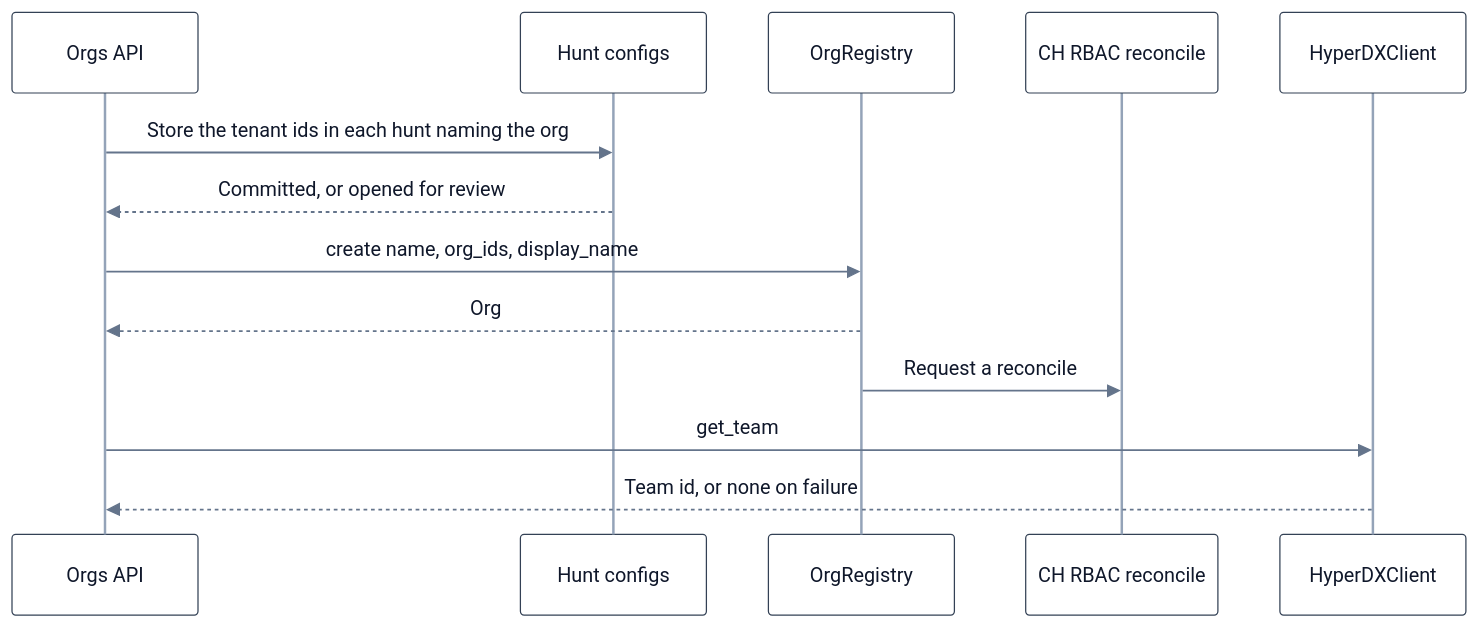
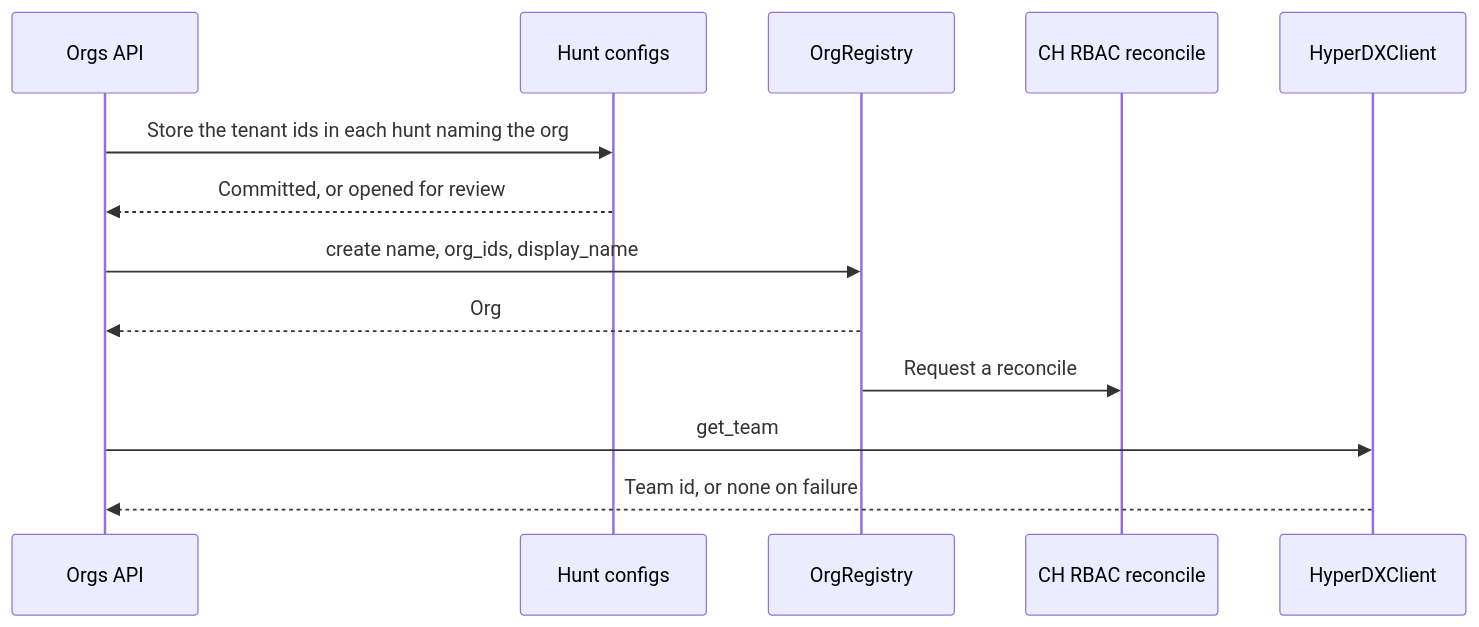
One commit to hyperi-io/dfe-engine changed the seventh of 8 diagrams in docs/control-plane/rbac.md. Above: the diagram before and after it, drawn with Mermaid. The commit also changed other lines of this file and 8 other files, not shown here.

First line of the commit message:
docs(diagrams): drop per-diagram config from 12 non-flowchart diagrams

````diff
--- a/docs/control-plane/rbac.md
+++ b/docs/control-plane/rbac.md
@@ -935,61 +891,17 @@
 ```mermaid
----
-config:
-  theme: base
-  fontFamily: Inter, -apple-system, Segoe UI, Roboto, Helvetica, Arial, sans-serif
-  themeVariables:
-    fontSize: 15px
-    lineColor: "#64748B"
-    primaryTextColor: "#0F172A"
-    clusterBorder: "#0072B2"
-    edgeLabelBackground: "#FFFFFF"
-    primaryColor: "#FFFFFF"
-    primaryBorderColor: "#334155"
-    secondaryColor: "#F8FAFC"
-    tertiaryColor: "#FFFFFF"
-    textColor: "#0F172A"
-    actorBkg: "#FFFFFF"
-    actorBorder: "#334155"
-    actorTextColor: "#0F172A"
-    actorLineColor: "#94A3B8"
-    signalColor: "#64748B"
-    signalTextColor: "#0F172A"
-    sequenceNumberColor: "#FFFFFF"
-    labelBoxBkgColor: "#FFFFFF"
-    labelBoxBorderColor: "#64748B"
-    labelTextColor: "#0F172A"
-    loopTextColor: "#0F172A"
-    noteBkgColor: "#FFFFFF"
-    noteBorderColor: "#94A3B8"
-    noteTextColor: "#0F172A"
-    transitionColor: "#64748B"
-    transitionLabelColor: "#0F172A"
-    stateLabelColor: "#0F172A"
-    stateBkg: "#FFFFFF"
-    labelBackgroundColor: "#FFFFFF"
-    compositeBackground: "#FFFFFF"
-    attributeBackgroundColorOdd: "#FFFFFF"
-    attributeBackgroundColorEven: "#F8FAFC"
-  themeCSS: >-
-    p{margin:0}
-    .node rect,.node polygon,.outer-path{filter:drop-shadow(0 1px 2px rgba(15,23,42,.10)) drop-shadow(0 6px 14px rgba(15,23,42,.10))!important}
-    .messageText,.loopText,.loopText tspan,.labelText,.labelText tspan{stroke:#FFFFFF!important;stroke-width:3px!important;paint-order:stroke;stroke-linejoin:round}
-    .edgeLabel,.edgeLabel p,.labelBkg{background:#FFFFFF!important}
-    .edgeLabel span{background:#FFFFFF!important;color:#1E293B}
----
 sequenceDiagram
     accTitle: L4 Detail -- Org creation
     accDescr: The orgs API stores the org's tenant ids in every hunt naming it, then creates the org in the registry. The registry's change requests a ClickHouse RBAC reconcile, and the API asks dfe-hyperdx for its team, where a failure is logged and the org stands.
     participant API as Orgs API
     participant Hunts as Hunt configs
     participant OR as OrgRegistry
     participant CH as CH RBAC reconcile
     participant HDX as HyperDXClient
     API->>Hunts: Store the tenant ids in each hunt naming the org
     Hunts-->>API: Committed, or opened for review
     API->>OR: create name, org_ids, display_name
     OR-->>API: Org
     OR->>CH: Request a reconcile
     API->>HDX: get_team
     HDX-->>API: Team id, or none on failure
 ```
````
